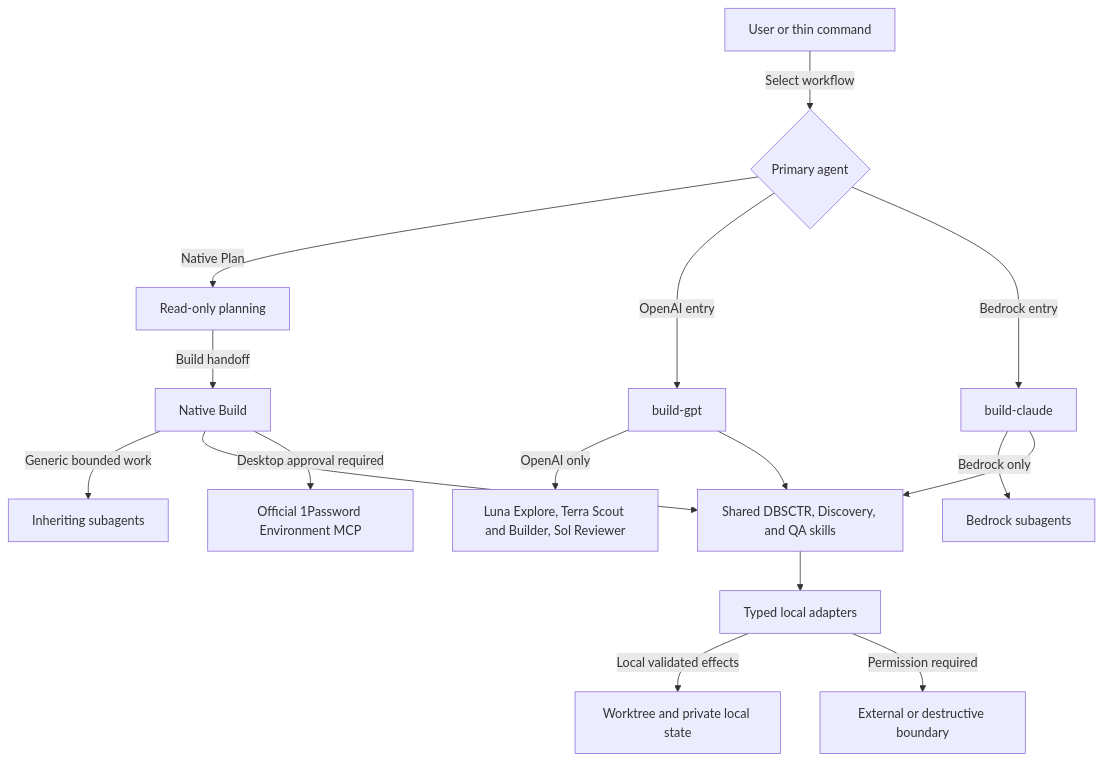
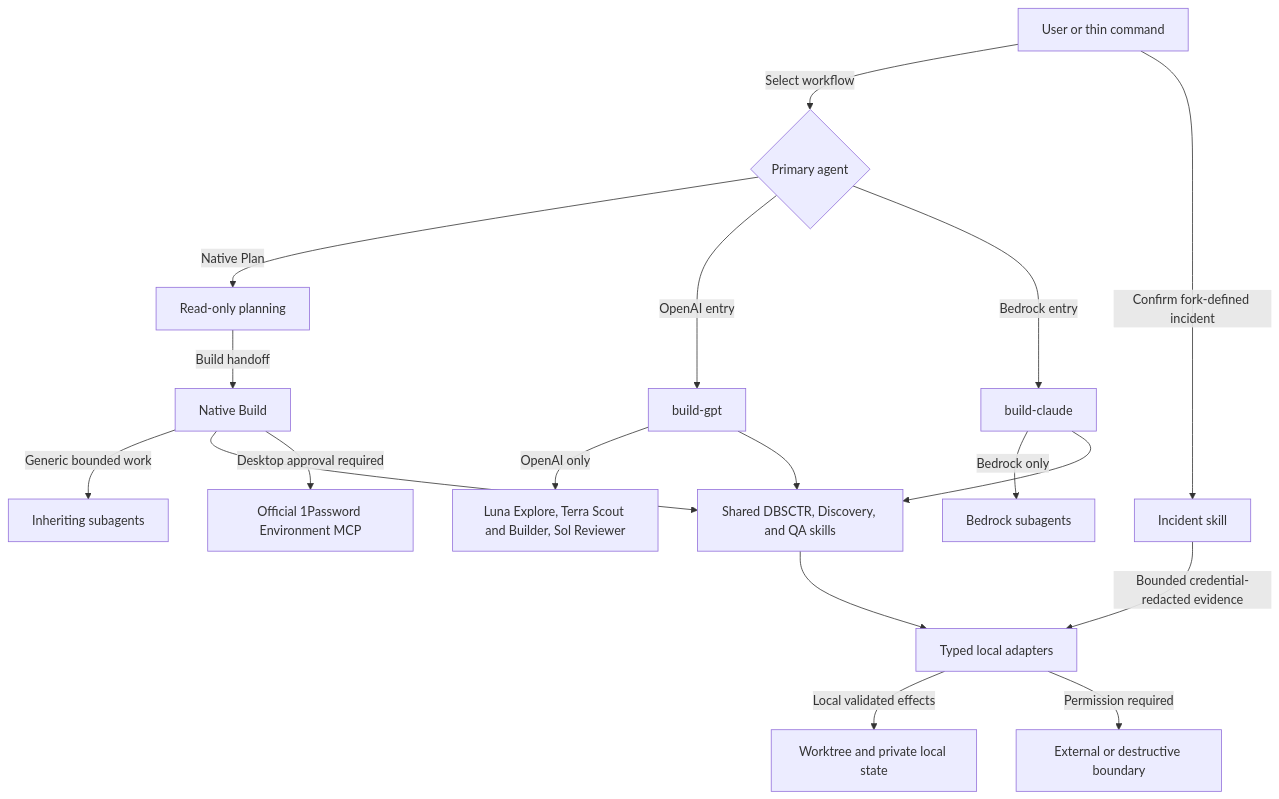
The first of 3 diagrams in docs/specs/opencode_control_plane/README.md (Saltiola7/dotfiles-ai), drawn with Mermaid before and after one commit. The commit also changed other lines of this file and 4 other files, not shown here.

Commit message:
docs(lifecycle): specify incident workflow

````diff
--- a/docs/specs/opencode_control_plane/README.md
+++ b/docs/specs/opencode_control_plane/README.md
@@ -147,20 +147,22 @@
 ```mermaid
 flowchart TD
     accTitle: OpenCode provider-affine control plane
-    accDescr: Thin commands select native or provider-affine primary agents. Plan remains read-only and hands approved scope to Build. OpenAI routes read-only Explore to Luna, Scout and Builder to Terra, and explicit review to Sol. Build may use only same-provider bounded subagents, loads shared lifecycle skills and typed adapters, and asks permission before external or destructive effects. Host OpenCode may connect to the official 1Password desktop MCP for approved Environment operations without receiving secret values.
+    accDescr: Thin commands select native or provider-affine primary agents. Plan remains read-only and hands approved scope to Build. An operator-confirmed incident fork uses typed adapters to retain bounded credential-redacted evidence in private local state. Build may use only same-provider bounded subagents and asks permission before external or destructive effects. Host OpenCode may connect to the official 1Password desktop MCP for approved Environment operations without receiving secret values.
     U[User or thin command] -->|Select workflow| P{Primary agent}
     P -->|Native Plan| N[Read-only planning]
     N -->|Build handoff| B[Native Build]
     P -->|OpenAI entry| G[build-gpt]
     P -->|Bedrock entry| C[build-claude]
     B -->|Generic bounded work| X[Inheriting subagents]
     G -->|OpenAI only| O[Luna Explore, Terra Scout and Builder, Sol Reviewer]
     C -->|Bedrock only| A[Bedrock subagents]
     B --> S[Shared DBSCTR, Discovery, and QA skills]
     G --> S
     C --> S
+    U -->|Confirm fork-defined incident| I[Incident skill]
+    I -->|Bounded credential-redacted evidence| T
     S --> T[Typed local adapters]
     T -->|Local validated effects| W[Worktree and private local state]
     T -->|Permission required| E[External or destructive boundary]
     B -->|Desktop approval required| M[Official 1Password Environment MCP]
 ```
````
